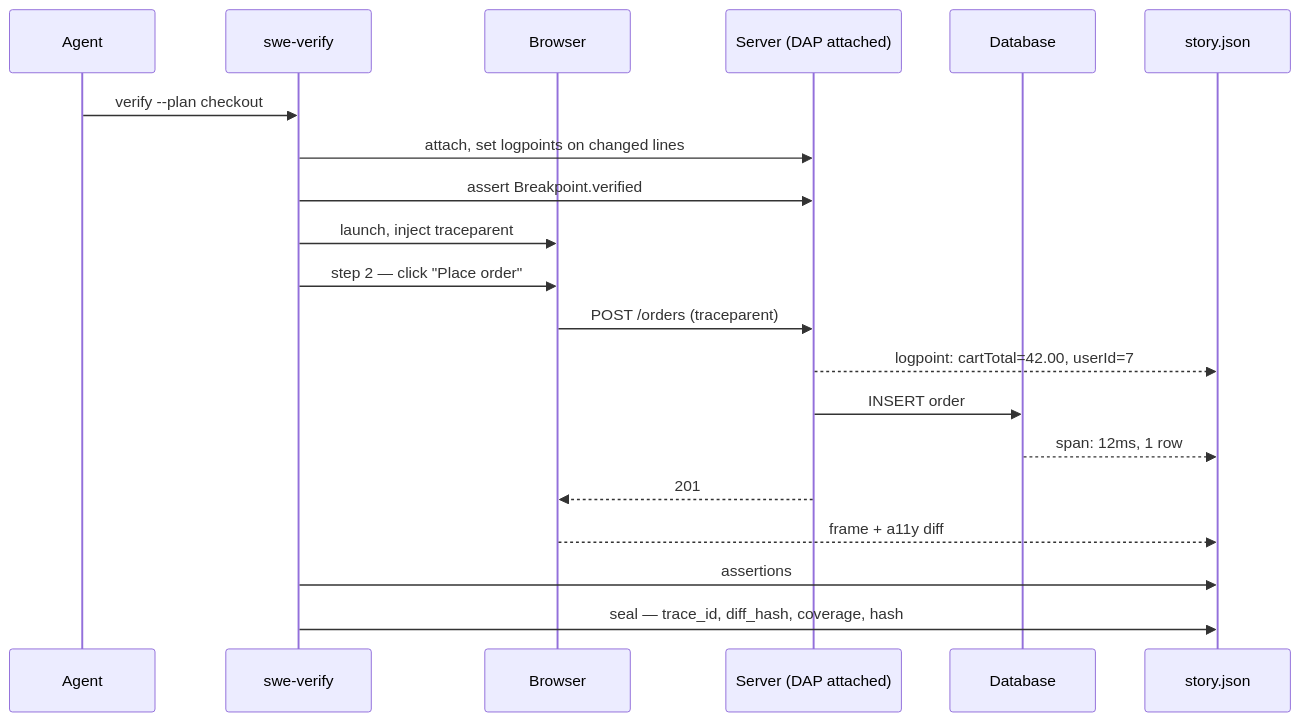
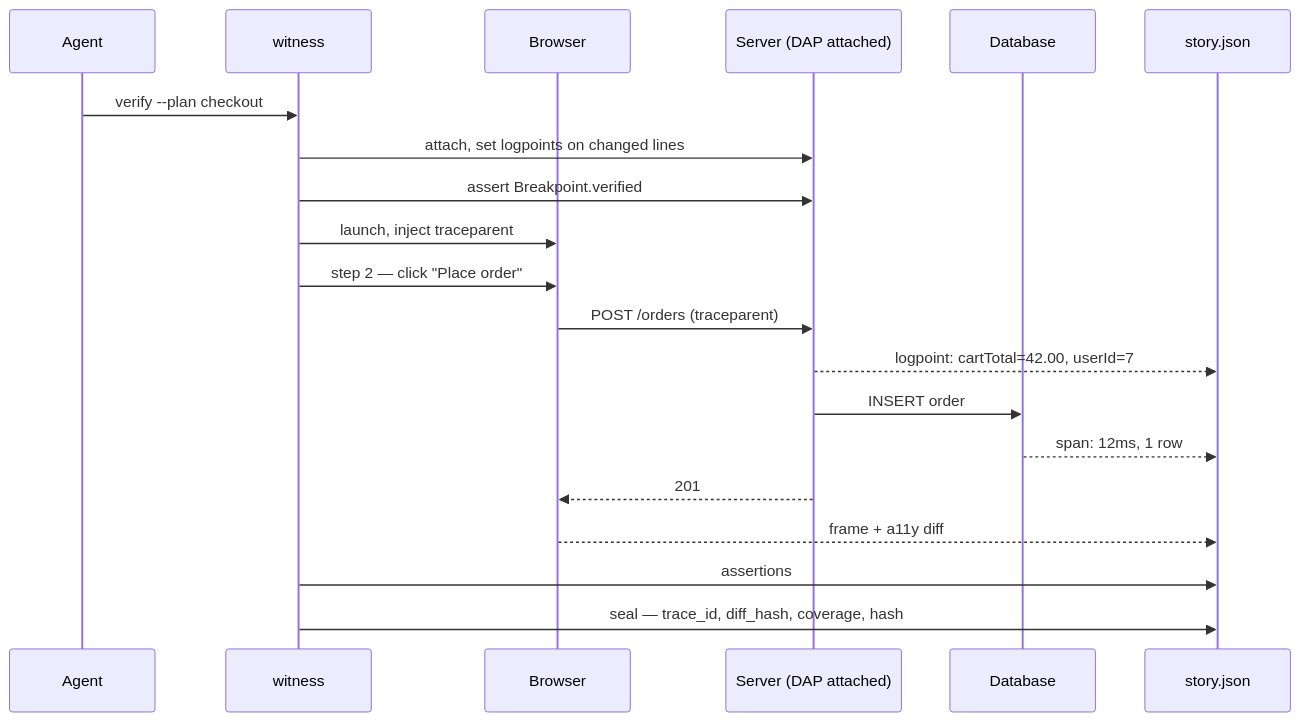
One commit to burrows99/witness changed the sixth of 8 diagrams in docs/tdd.md. Above: the diagram before and after it, drawn with Mermaid. The commit also changed other lines of this file and 111 other files, not shown here.

````diff
--- a/docs/tdd.md
+++ b/docs/tdd.md
@@ -412,23 +412,23 @@
 ```mermaid
 sequenceDiagram
   participant AGT as Agent
-  participant CLI as swe-verify
+  participant CLI as witness
   participant BR as Browser
   participant API as Server (DAP attached)
   participant DB as Database
   participant ST as story.json
 
   AGT->>CLI: verify --plan checkout
   CLI->>API: attach, set logpoints on changed lines
   CLI->>API: assert Breakpoint.verified
   CLI->>BR: launch, inject traceparent
   CLI->>BR: step 2 — click "Place order"
   BR->>API: POST /orders (traceparent)
   API-->>ST: logpoint: cartTotal=42.00, userId=7
   API->>DB: INSERT order
   DB-->>ST: span: 12ms, 1 row
   API-->>BR: 201
   BR-->>ST: frame + a11y diff
   CLI->>ST: assertions
   CLI->>ST: seal — trace_id, diff_hash, coverage, hash
 ```
````
